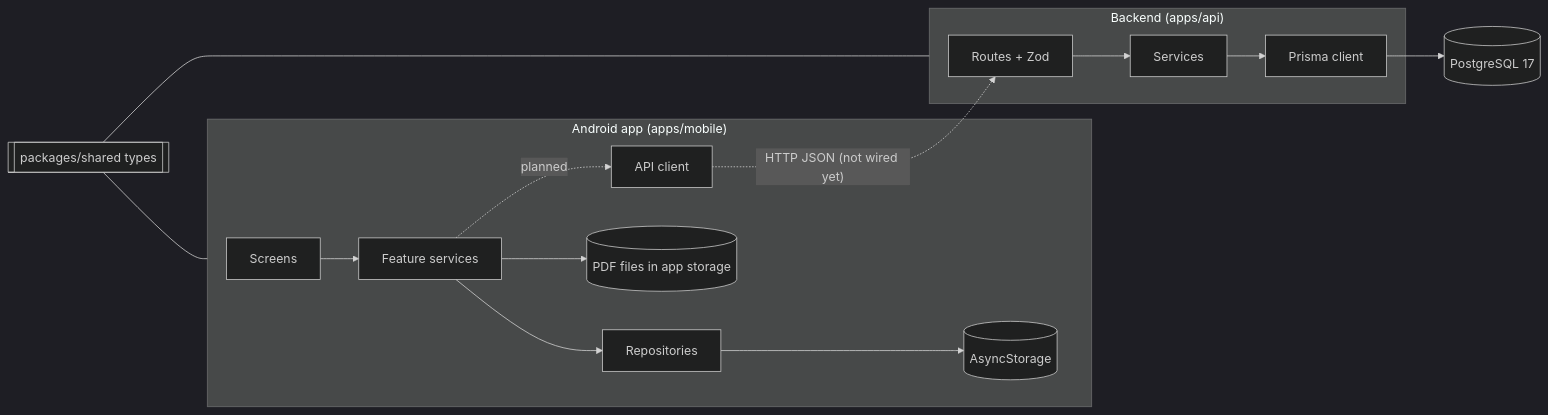
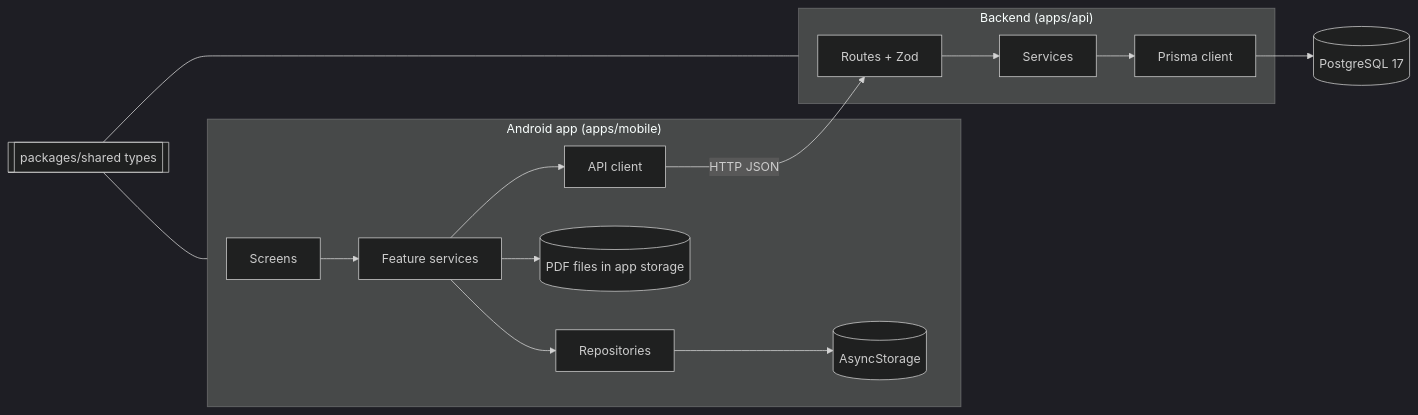
One commit to AnhTRJotnar/Postgres-Project changed the first of 2 diagrams in docs/ARCHITECTURE.md. Above: the diagram before and after it, drawn with Mermaid (dark theme). The commit also changed other lines of this file and 2 other files, not shown here.

````diff
--- a/docs/ARCHITECTURE.md
+++ b/docs/ARCHITECTURE.md
@@ -7,18 +7,18 @@
 ```mermaid
 flowchart LR
     subgraph Phone["Android app (apps/mobile)"]
         UI[Screens] --> Logic[Feature services]
         Logic --> Repo[Repositories]
         Repo --> Store[(AsyncStorage)]
         Logic --> Files[(PDF files in app storage)]
-        Logic -. planned .-> Client[API client]
+        Logic --> Client[API client]
     end
     subgraph Server["Backend (apps/api)"]
         Routes[Routes + Zod] --> Services[Services]
         Services --> Prisma[Prisma client]
     end
     Prisma --> DB[(PostgreSQL 17)]
-    Client -. "HTTP JSON (not wired yet)" .-> Routes
+    Client -- "HTTP JSON" --> Routes
     Shared[[packages/shared types]] --- Phone
     Shared --- Server
 ```
````
